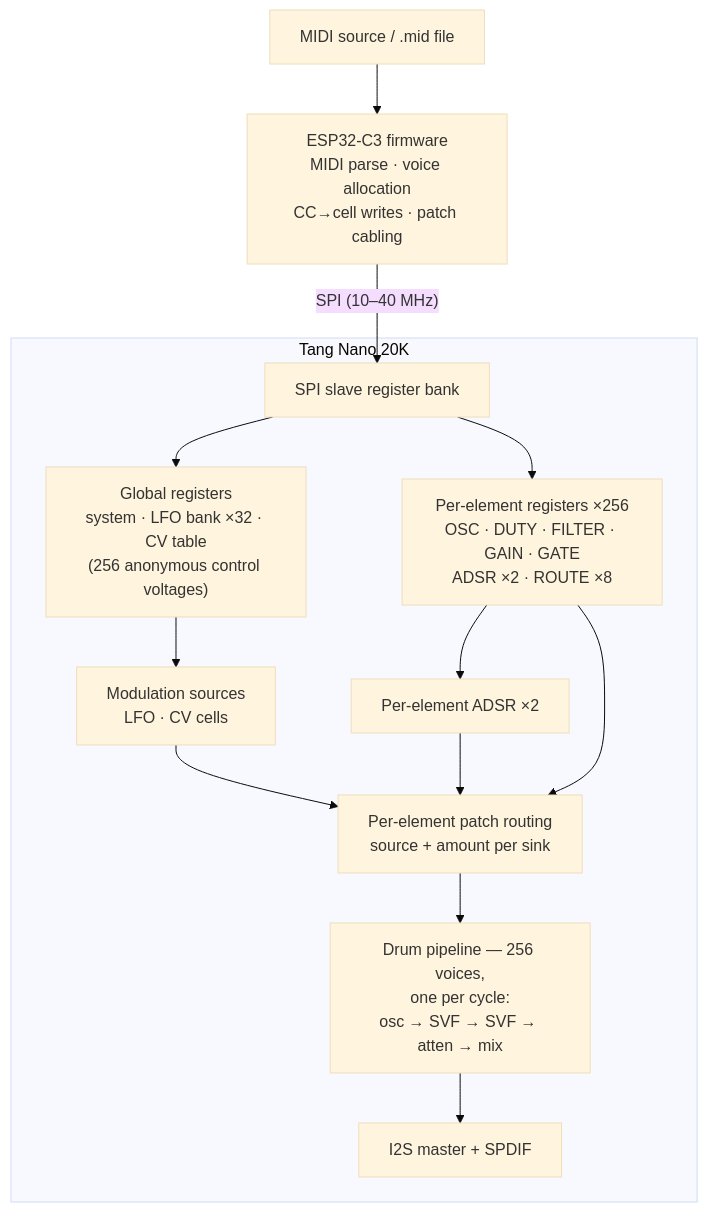
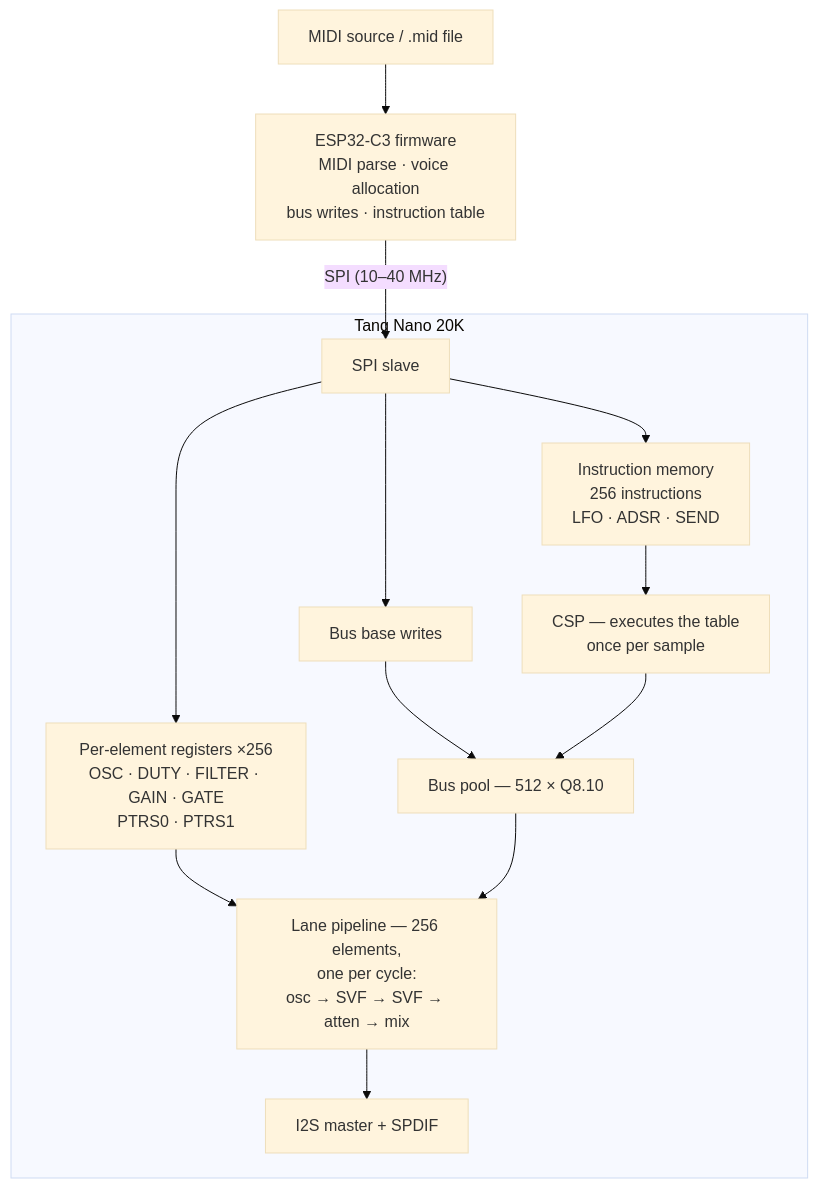
Before and after one commit to Thorwegian/noaidi-fpga-synth: the first of 2 diagrams in docs/memory_map.md, drawn with Mermaid (base theme). The commit also changed other lines of this file and 8 other files, not shown here.

````diff
--- a/docs/memory_map.md
+++ b/docs/memory_map.md
@@ -51,16 +44,16 @@
 ```mermaid
 flowchart TD
-    MIDI["MIDI source / .mid file"] --> ESP["ESP32-C3 firmware<br/>MIDI parse · voice allocation<br/>CC→cell writes · patch cabling"]
-    ESP -- "SPI (10–40 MHz)" --> SLAVE["SPI slave register bank"]
+    MIDI["MIDI source / .mid file"] --> ESP["ESP32-C3 firmware<br/>MIDI parse · voice allocation<br/>bus writes · instruction table"]
+    ESP -- "SPI (10–40 MHz)" --> SLAVE["SPI slave"]
     subgraph FG["Tang Nano 20K"]
-        SLAVE --> GLOB["Global registers<br/>system · LFO bank ×32 · CV table<br/>(256 anonymous control voltages)"]
-        SLAVE --> PV["Per-element registers ×256<br/>OSC · DUTY · FILTER · GAIN · GATE<br/>ADSR ×2 · ROUTE ×8"]
-        GLOB --> SRC["Modulation sources<br/>LFO · CV cells"]
-        PV --> ADSR["Per-element ADSR ×2"]
-        PV --> RT["Per-element patch routing<br/>source + amount per sink"]
-        SRC --> RT
-        ADSR --> RT
-        RT --> PIPE["Drum pipeline — 256 voices,<br/>one per cycle:<br/>osc → SVF → SVF → atten → mix"]
+        SLAVE --> PV["Per-element registers ×256<br/>OSC · DUTY · FILTER · GAIN · GATE<br/>PTRS0 · PTRS1"]
+        SLAVE --> IMEM["Instruction memory<br/>256 instructions<br/>LFO · ADSR · SEND"]
+        SLAVE --> BB["Bus base writes"]
+        IMEM --> CSP["CSP — executes the table<br/>once per sample"]
+        BB --> DMEM["Bus pool — 512 × Q8.10"]
+        CSP --> DMEM
+        PV --> PIPE["Lane pipeline — 256 elements,<br/>one per cycle:<br/>osc → SVF → SVF → atten → mix"]
+        DMEM --> PIPE
         PIPE --> OUT["I2S master + SPDIF"]
     end
 ```
````
